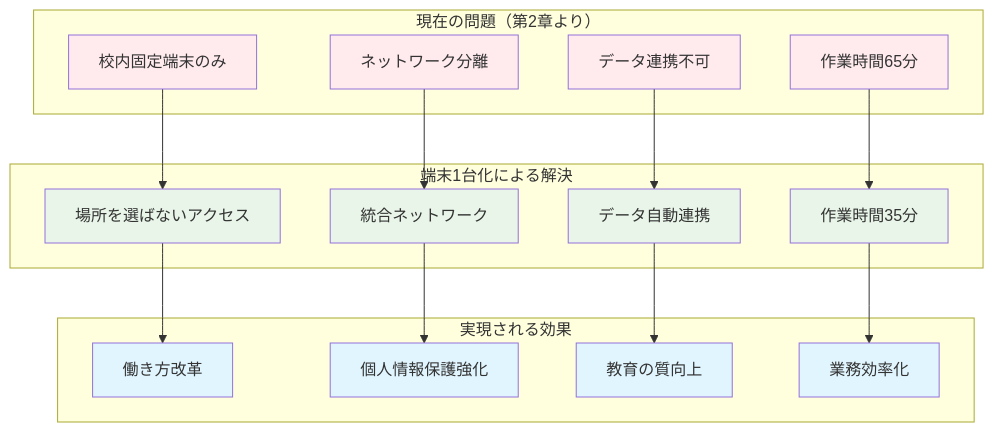
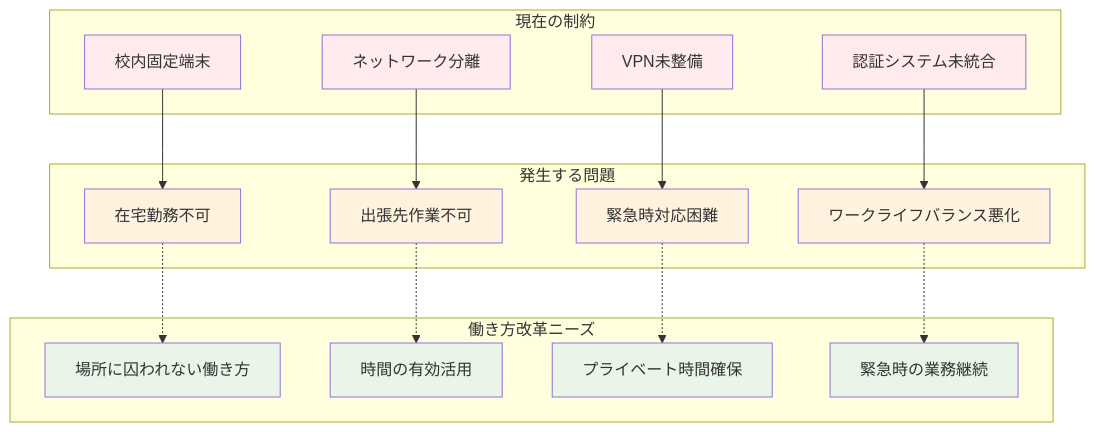
One commit to nahisaho/zenn-writing-collection changed the fourth of 8 diagrams in books/d87165478af519/chapter03.md. Above: the diagram before and after it, drawn with Mermaid. The commit also changed other lines of this file and 17 other files, not shown here.

````diff
--- a/books/d87165478af519/chapter03.md
+++ b/books/d87165478af519/chapter03.md
@@ -47,41 +174,41 @@
 ```mermaid
 graph TB
-    subgraph CurrentProblems["現在の問題（第2章より）"]
-        A[校内固定端末のみ]
+    subgraph CurrentLimitations["現在の制約"]
+        A[校内固定端末]
         B[ネットワーク分離]
-        C[データ連携不可]
-        D[作業時間65分]
+        C[VPN未整備]
+        D[認証システム未統合]
     end
     
-    subgraph Integration["端末1台化による解決"]
-        E[場所を選ばないアクセス]
-        F[統合ネットワーク]
-        G[データ自動連携]
-        H[作業時間35分]
+    subgraph Problems["発生する問題"]
+        E[在宅勤務不可]
+        F[出張先作業不可]
+        G[緊急時対応困難]
+        H[ワークライフバランス悪化]
     end
     
-    subgraph Benefits["実現される効果"]
-        I[働き方改革]
-        J[個人情報保護強化]
-        K[教育の質向上]
-        L[業務効率化]
+    subgraph Needs["働き方改革ニーズ"]
+        I[場所に囚われない働き方]
+        J[時間の有効活用]
+        K[プライベート時間確保]
+        L[緊急時の業務継続]
     end
     
     A --> E
     B --> F
     C --> G
     D --> H
     
-    E --> I
-    F --> J
-    G --> K
-    H --> L
+    E -.-> I
+    F -.-> J
+    G -.-> K
+    H -.-> L
     
-    classDef problemStyle fill:#ffebee
-    classDef solutionStyle fill:#e8f5e8
-    classDef benefitStyle fill:#e1f5fe
+    classDef currentStyle fill:#ffebee
+    classDef problemStyle fill:#fff3e0
+    classDef needsStyle fill:#e8f5e8
     
-    class A,B,C,D problemStyle
-    class E,F,G,H solutionStyle
-    class I,J,K,L benefitStyle
+    class A,B,C,D currentStyle
+    class E,F,G,H problemStyle
+    class I,J,K,L needsStyle
 ```
````
